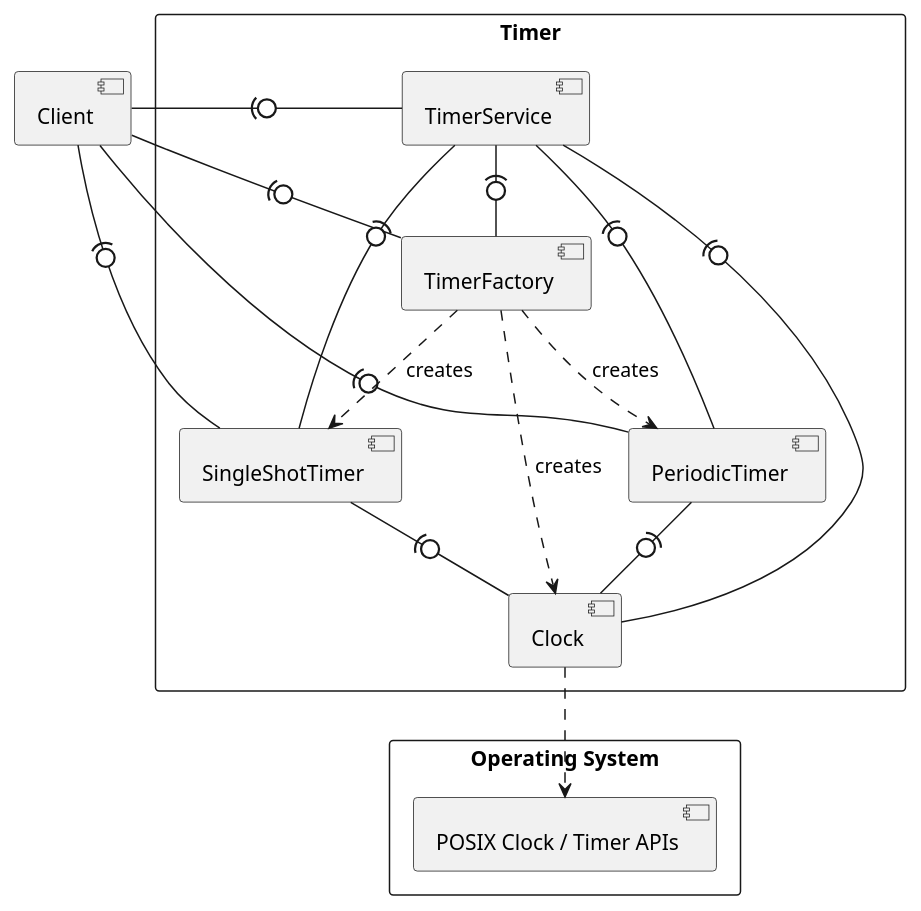
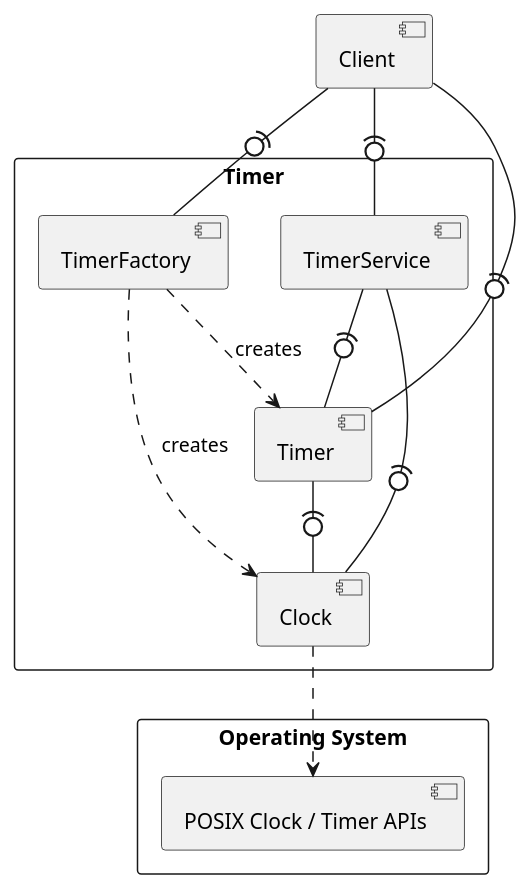
Before and after one commit to nghdang/connix: the diagram in connix/connix-core/infrastructure/timer/dd/static_view.puml, drawn with PlantUML. The commit also changed 4 other files, not shown here.

```diff
--- a/connix/connix-core/infrastructure/timer/dd/static_view.puml
+++ b/connix/connix-core/infrastructure/timer/dd/static_view.puml
@@ -1,36 +1,30 @@
 @startuml Timer Component - Static Component Diagram
 
 [Client]
 
-rectangle "Timer" {
+rectangle "Timer" as timer_module {
     [TimerService]
     [TimerFactory]
-    [SingleShotTimer]
-    [PeriodicTimer]
+    [Timer]
     [Clock]
 }
 
 rectangle "Operating System" {
     [POSIX Clock / Timer APIs] as posix_clock
 }
 
 Client -right(0- TimerService
 Client -(0- TimerFactory
-Client -(0- SingleShotTimer
-Client -(0- PeriodicTimer
+Client -(0- Timer
 
-TimerService -(0- TimerFactory
-TimerService -(0- SingleShotTimer
-TimerService -(0- PeriodicTimer
+TimerService -(0- Timer
 TimerService -(0- Clock
 
-TimerFactory ..> SingleShotTimer : creates
-TimerFactory ..> PeriodicTimer : creates
+TimerFactory ..> Timer : creates
 TimerFactory ..> Clock : creates
 
-SingleShotTimer -(0- Clock
-PeriodicTimer -(0- Clock
+Timer -(0- Clock
 
 Clock ..> posix_clock
 
 @enduml
```
